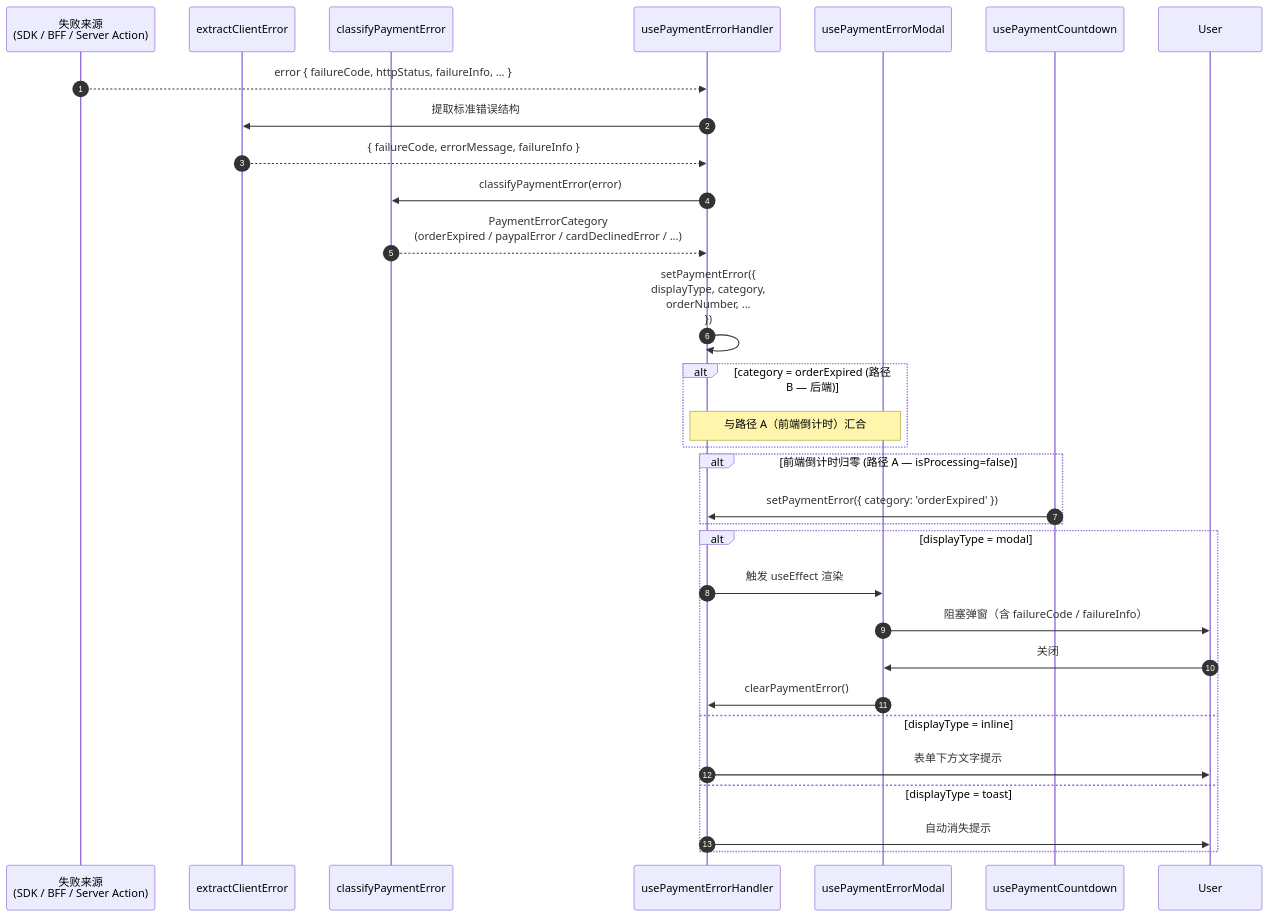
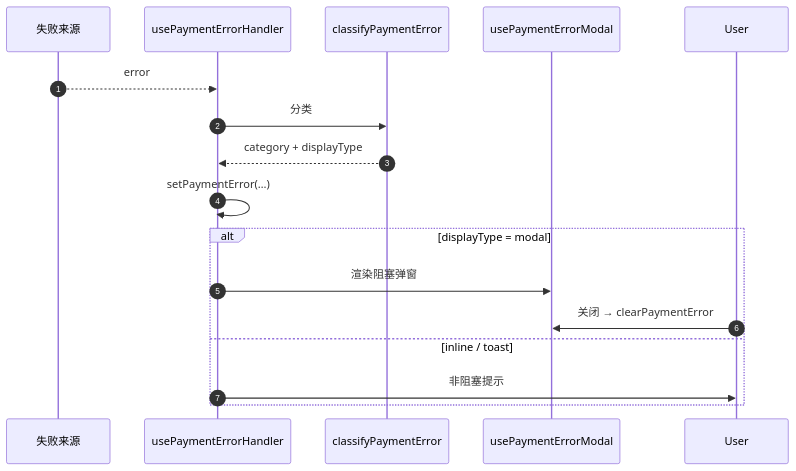
The third of 3 diagrams in docs/rightCapital/33.payment-wallets.md (Lee-NG915/cBlog), drawn with Mermaid before and after one commit. The commit also changed other lines of this file and 2 other files, not shown here.

Commit message:
docs: refine payment module documentation by restructuring content for clarity, enhancing role definitions, and improving explanations of architectural principles, making it easier for developers to understand the payment processing flow and design patterns

````diff
--- a/docs/rightCapital/33.payment-wallets.md
+++ b/docs/rightCapital/33.payment-wallets.md
@@ -136,37 +161,21 @@
 ```mermaid
 sequenceDiagram
     autonumber
-    participant Src as 失败来源<br/>(SDK / BFF / Server Action)
-    participant Ex as extractClientError
+    participant Src as 失败来源
+    participant H as usePaymentErrorHandler
     participant Cl as classifyPaymentError
-    participant H as usePaymentErrorHandler
     participant M as usePaymentErrorModal
-    participant CD as usePaymentCountdown
     participant U as User
 
-    Src-->>H: error { failureCode, httpStatus, failureInfo, ... }
-    H->>Ex: 提取标准错误结构
-    Ex-->>H: { failureCode, errorMessage, failureInfo }
-    H->>Cl: classifyPaymentError(error)
-    Cl-->>H: PaymentErrorCategory<br/>(orderExpired / paypalError / cardDeclinedError / ...)
-
-    H->>H: setPaymentError({<br/>  displayType, category,<br/>  orderNumber, ...<br/>})
-
-    alt category = orderExpired (路径 B — 后端)
-        Note over H,M: 与路径 A（前端倒计时）汇合
-    end
-    alt 前端倒计时归零 (路径 A — isProcessing=false)
-        CD->>H: setPaymentError({ category: 'orderExpired' })
-    end
+    Src-->>H: error
+    H->>Cl: 分类
+    Cl-->>H: category + displayType
+    H->>H: setPaymentError(…)
 
     alt displayType = modal
-        H->>M: 触发 useEffect 渲染
-        M->>U: 阻塞弹窗（含 failureCode / failureInfo）
-        U->>M: 关闭
-        M->>H: clearPaymentError()
-    else displayType = inline
-        H->>U: 表单下方文字提示
-    else displayType = toast
-        H->>U: 自动消失提示
+        H->>M: 渲染阻塞弹窗
+        U->>M: 关闭 → clearPaymentError
+    else inline / toast
+        H->>U: 非阻塞提示
     end
 ```
````
